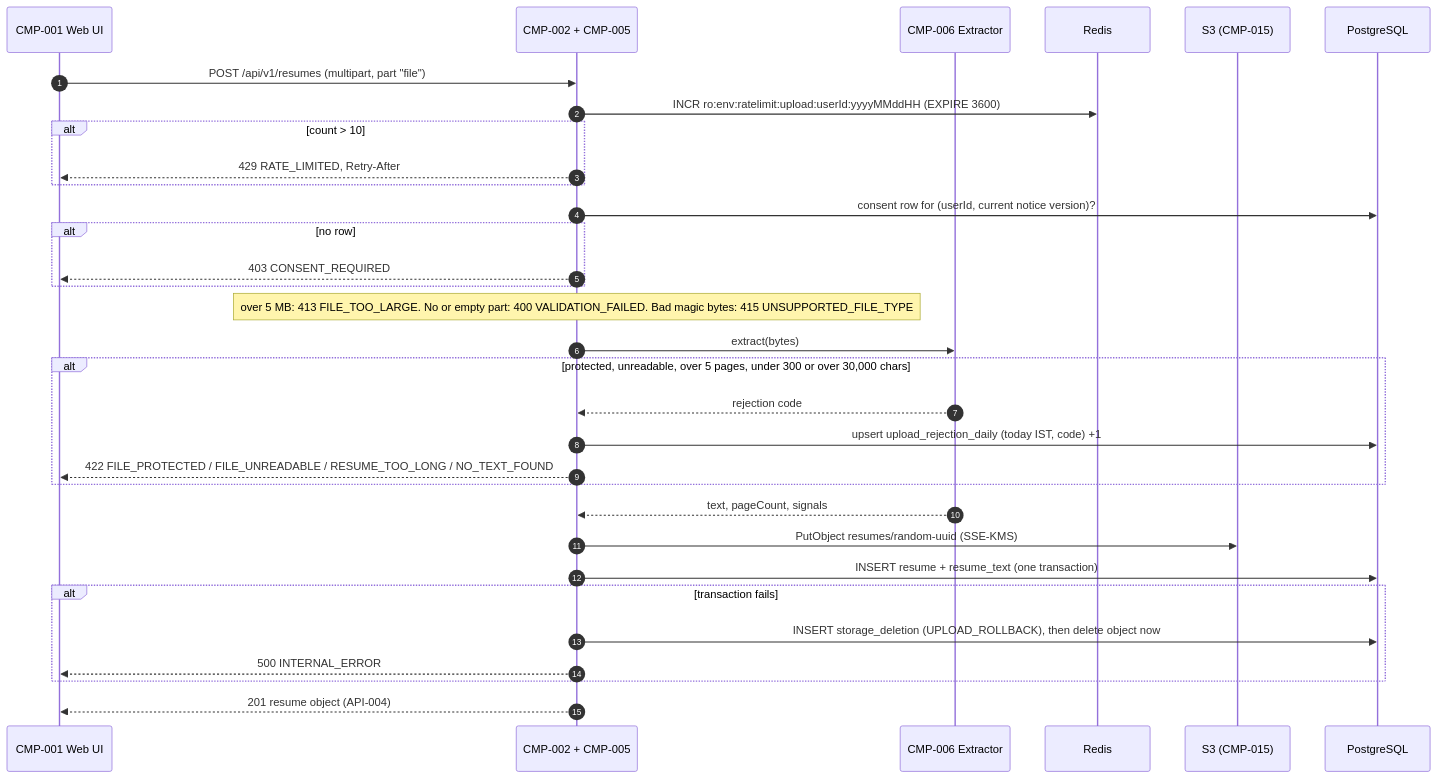
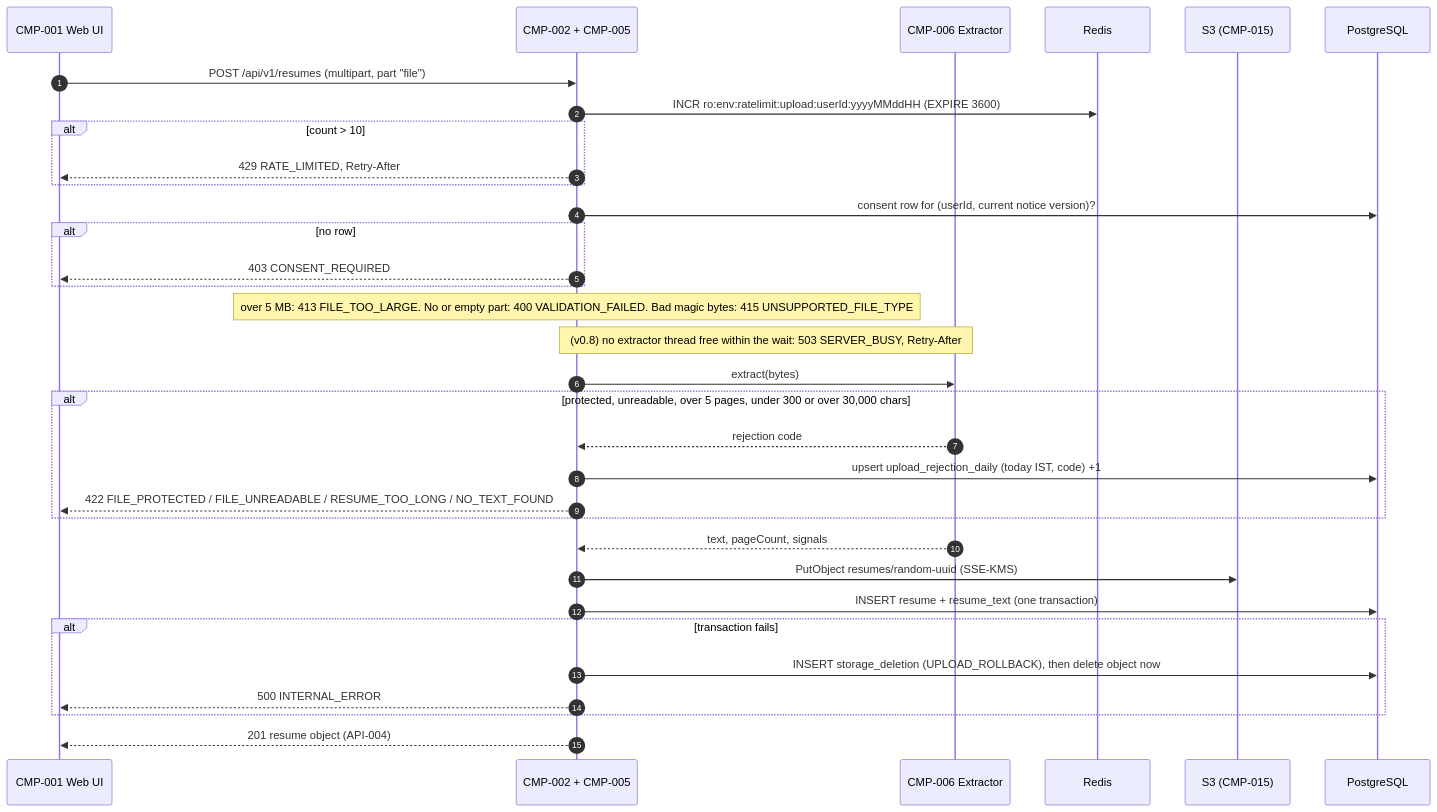
Before and after one commit to divii-school/spec-homework: the third of 12 diagrams in sachin/spec.md, drawn with Mermaid. The commit also changed other lines of this file, not shown here.

Commit message:
improvement: build test 1 fixes, v0.8 (16 items: status guard, last_event_at, run modes, local env, cancel retry outcomes, load test, pool size, Pro page state, notice texts, ERR-026 SERVER_BUSY)

````diff
--- a/sachin/spec.md
+++ b/sachin/spec.md
@@ -593,34 +621,35 @@
 ```mermaid
 sequenceDiagram
   autonumber
   participant UI as CMP-001 Web UI
   participant API as CMP-002 + CMP-005
   participant EX as CMP-006 Extractor
   participant R as Redis
   participant S3 as S3 (CMP-015)
   participant DB as PostgreSQL
   UI->>API: POST /api/v1/resumes (multipart, part "file")
   API->>R: INCR ro:env:ratelimit:upload:userId:yyyyMMddHH (EXPIRE 3600)
   alt count > 10
     API-->>UI: 429 RATE_LIMITED, Retry-After
   end
   API->>DB: consent row for (userId, current notice version)?
   alt no row
     API-->>UI: 403 CONSENT_REQUIRED
   end
   Note over API: over 5 MB: 413 FILE_TOO_LARGE. No or empty part: 400 VALIDATION_FAILED. Bad magic bytes: 415 UNSUPPORTED_FILE_TYPE
+  Note over API,EX: (v0.8) no extractor thread free within the wait: 503 SERVER_BUSY, Retry-After
   API->>EX: extract(bytes)
   alt protected, unreadable, over 5 pages, under 300 or over 30,000 chars
     EX-->>API: rejection code
     API->>DB: upsert upload_rejection_daily (today IST, code) +1
     API-->>UI: 422 FILE_PROTECTED / FILE_UNREADABLE / RESUME_TOO_LONG / NO_TEXT_FOUND
   end
   EX-->>API: text, pageCount, signals
   API->>S3: PutObject resumes/random-uuid (SSE-KMS)
   API->>DB: INSERT resume + resume_text (one transaction)
   alt transaction fails
     API->>DB: INSERT storage_deletion (UPLOAD_ROLLBACK), then delete object now
     API-->>UI: 500 INTERNAL_ERROR
   end
   API-->>UI: 201 resume object (API-004)
 ```
````
